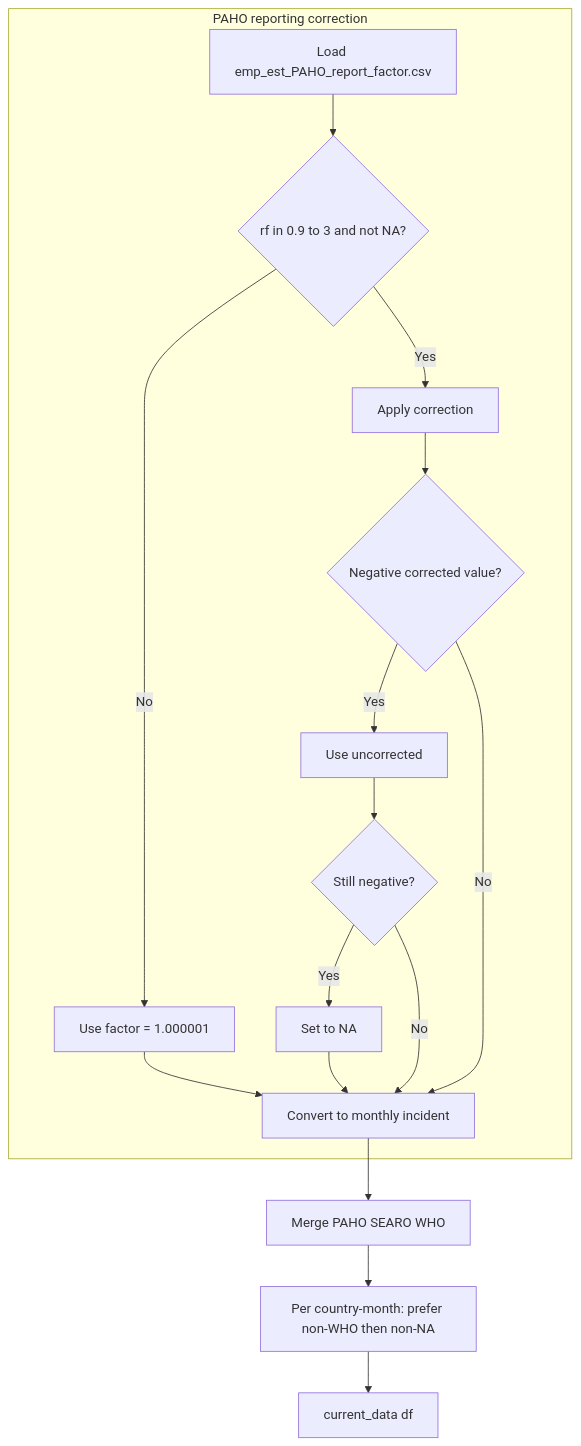
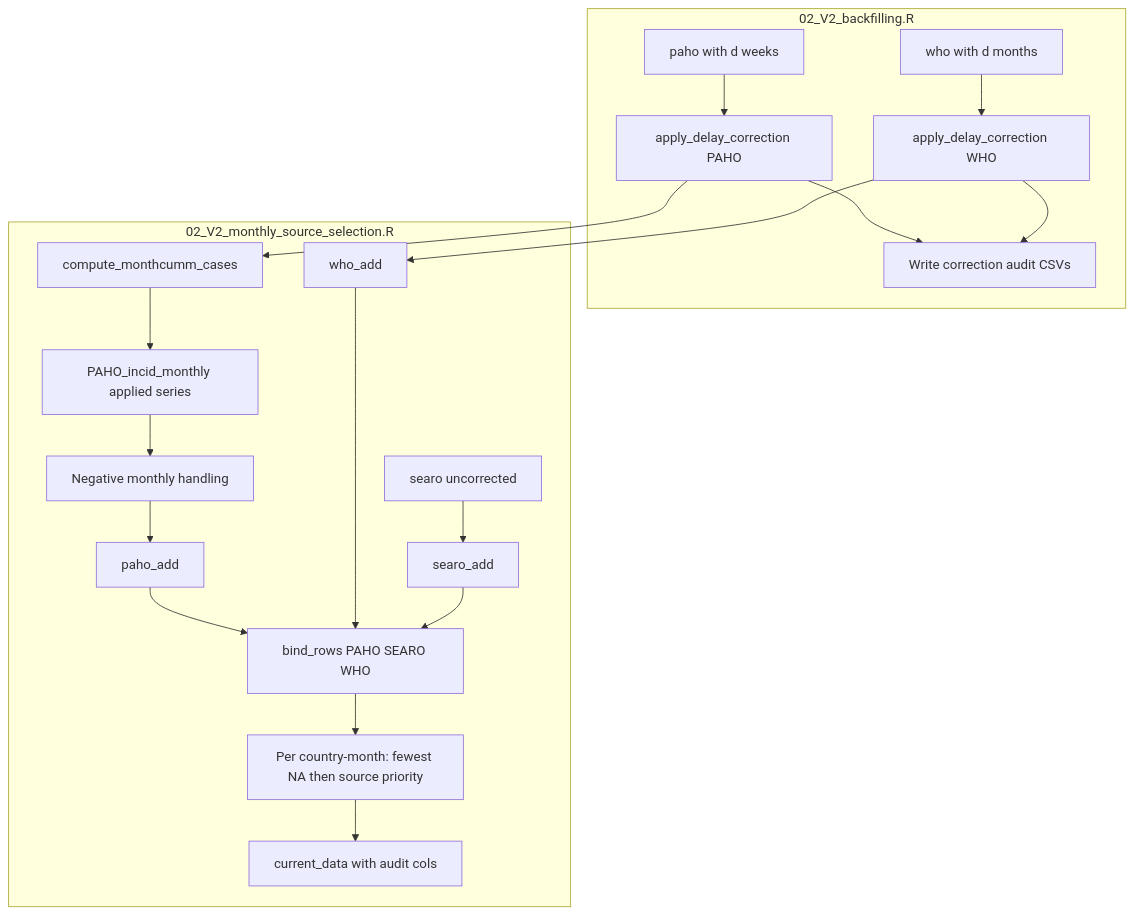
Before and after one commit to DengueGlobalObservatory/DENV_global_observatory: the fifth of 19 diagrams in observatory_methods_report.md, drawn with Mermaid. The commit also changed other lines of this file and 382 other files, not shown here.

````diff
--- a/observatory_methods_report.md
+++ b/observatory_methods_report.md
@@ -128,20 +150,22 @@
 ``` mermaid
 flowchart TB
-  subgraph paho_correction [PAHO reporting correction]
-    Load[Load emp_est_PAHO_report_factor.csv]
-    Load --> Check{rf in 0.9 to 3 and not NA?}
-    Check -->|No| NoCorr[Use factor = 1.000001]
-    Check -->|Yes| Apply[Apply correction]
-    Apply --> Neg{Negative corrected value?}
-    Neg -->|Yes| Fallback[Use uncorrected]
-    Fallback --> StillNeg{Still negative?}
-    StillNeg -->|Yes| NAval[Set to NA]
-    StillNeg -->|No| Monthly[Convert to monthly incident]
-    Neg -->|No| Monthly
-    NoCorr --> Monthly
-    NAval --> Monthly
+  subgraph backfill [02_V2_backfilling.R]
+    PAHOin[paho with d weeks] --> PAHOcorr[apply_delay_correction PAHO]
+    WHOin[who with d months] --> WHOcorr[apply_delay_correction WHO]
+    PAHOcorr --> Audit[Write correction audit CSVs]
+    WHOcorr --> Audit
   end
-  Monthly --> Merge[Merge PAHO SEARO WHO]
-  Merge --> Priority[Per country-month: prefer non-WHO then non-NA]
-  Priority --> current_data[current_data df]
+  subgraph monthly [02_V2_monthly_source_selection.R]
+    PAHOcorr --> MonthCumm[compute_monthcumm_cases]
+    MonthCumm --> MonthIncid[PAHO_incid_monthly applied series]
+    MonthIncid --> NegHandle[Negative monthly handling]
+    NegHandle --> paho_add[paho_add]
+    WHOcorr --> who_add[who_add]
+    searo[searo uncorrected] --> searo_add[searo_add]
+    paho_add --> Merge[bind_rows PAHO SEARO WHO]
+    who_add --> Merge
+    searo_add --> Merge
+    Merge --> Priority[Per country-month: fewest NA then source priority]
+    Priority --> current_data[current_data with audit cols]
+  end
 ```
````
